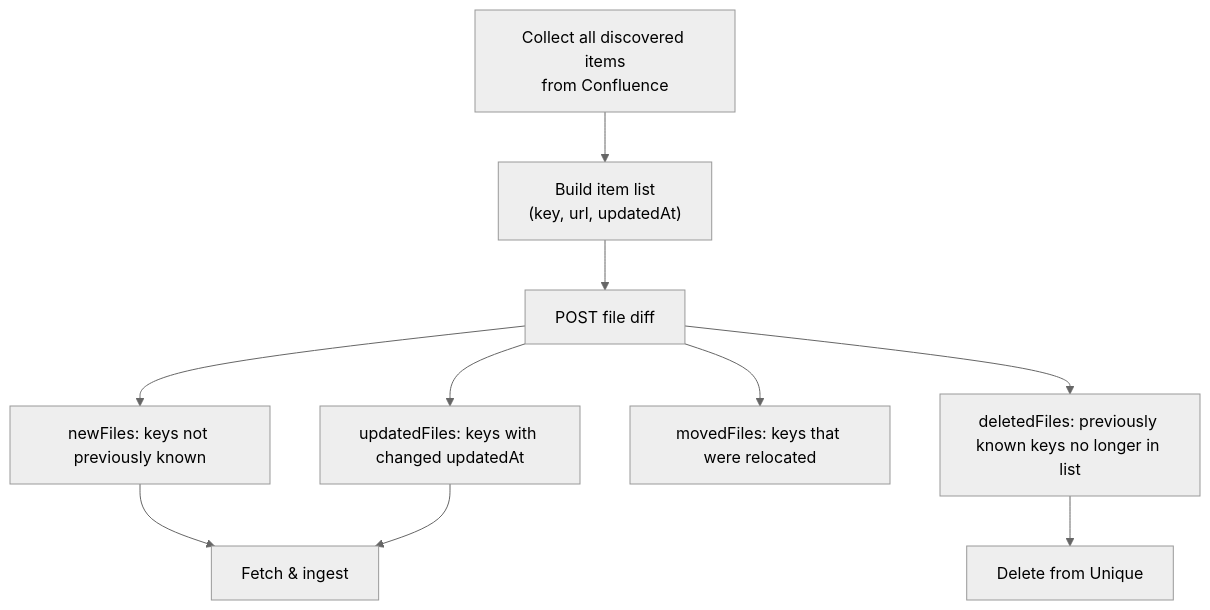
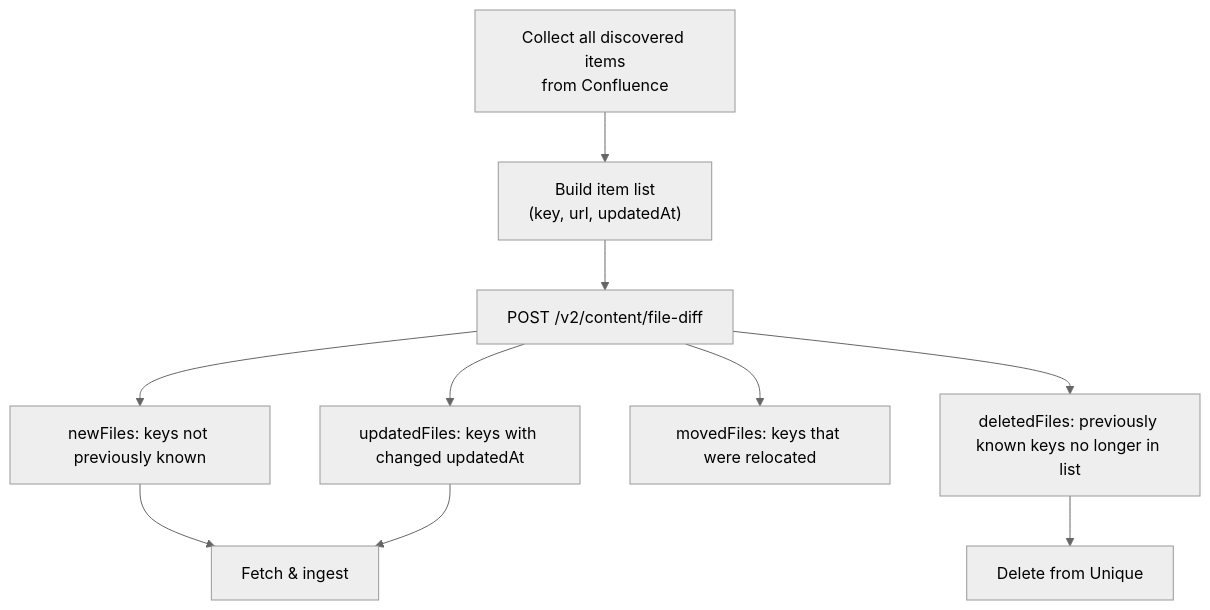
One commit to Unique-AG/connectors changed the fifth of 6 diagrams in services/confluence-connector/docs/technical/flows.md. Above: the diagram before and after it, drawn with Mermaid (neutral theme). The commit also changed other lines of this file, not shown here.

First line of the commit message:
fix: add /v2/content/file-diff endpoint to File Diff Mechanism

````diff
--- a/services/confluence-connector/docs/technical/flows.md
+++ b/services/confluence-connector/docs/technical/flows.md
@@ -266,14 +266,14 @@
 ```mermaid
 flowchart TB
     Start["Collect all discovered items<br/>from Confluence"] --> BuildList["Build item list<br/>(key, url, updatedAt)"]
-    BuildList --> CallDiff["POST file diff"]
+    BuildList --> CallDiff["POST /v2/content/file-diff"]
 
     CallDiff --> NewFiles["newFiles: keys not previously known"]
     CallDiff --> UpdatedFiles["updatedFiles: keys with changed updatedAt"]
     CallDiff --> MovedFiles["movedFiles: keys that were relocated"]
     CallDiff --> DeletedFiles["deletedFiles: previously known keys no longer in list"]
 
     NewFiles --> Ingest["Fetch & ingest"]
     UpdatedFiles --> Ingest
     DeletedFiles --> Delete["Delete from Unique"]
 ```
````
